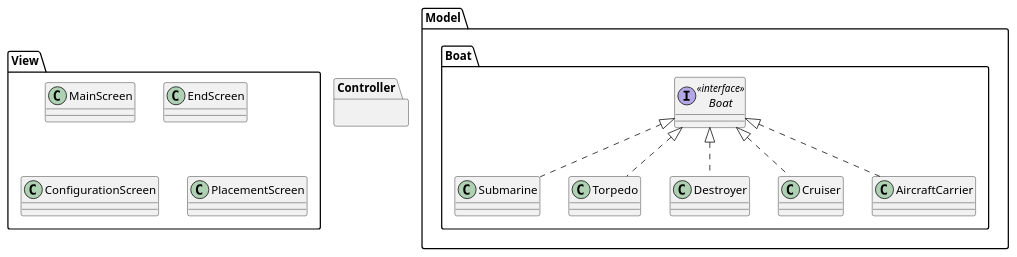
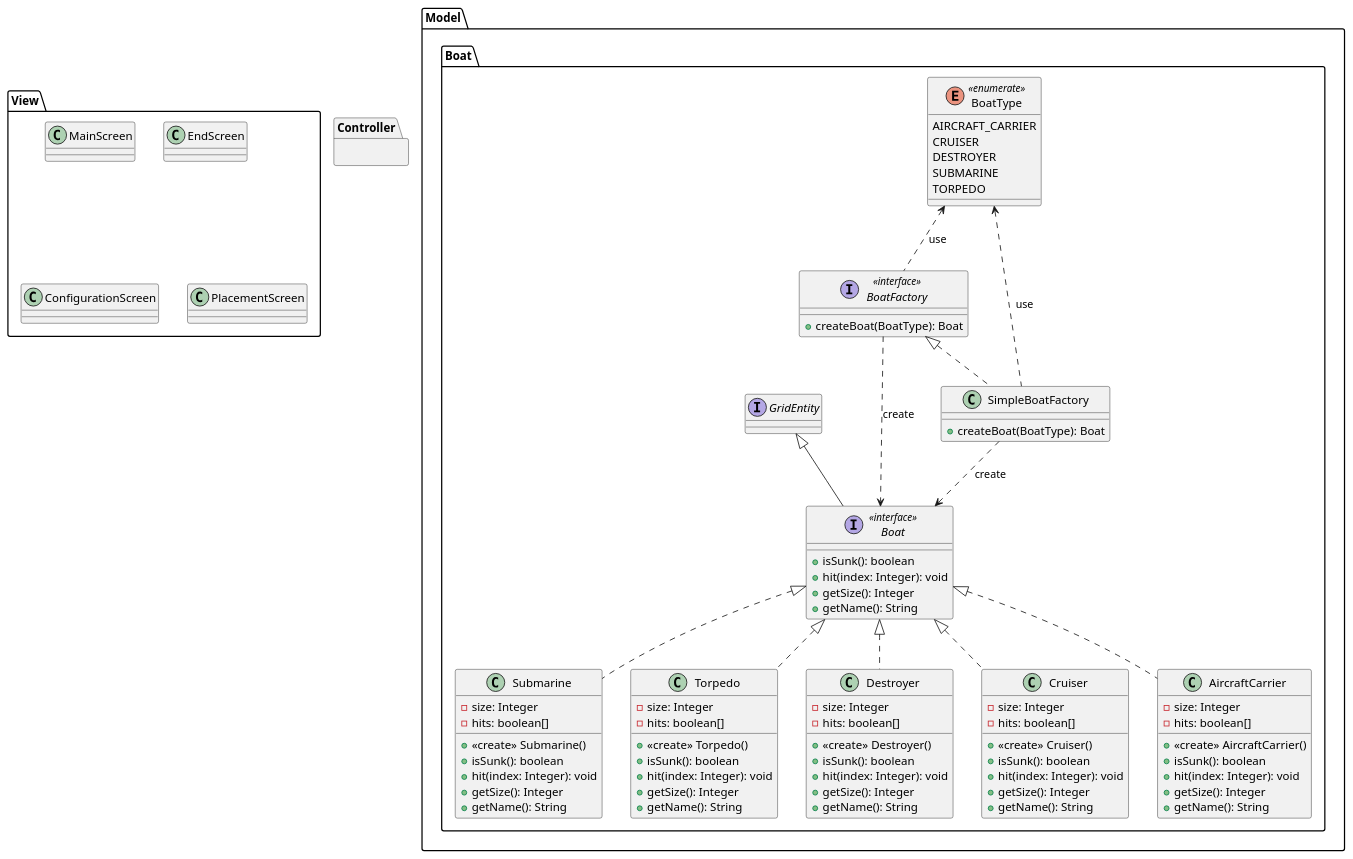
One commit to Cl1ient/Bataille-Navale changed the diagram in rendu1.puml. Above: the diagram before and after it, drawn with PlantUML.

Commit message:
Implements puml class/function in packages Boat

```diff
--- a/rendu1.puml
+++ b/rendu1.puml
@@ -1,40 +1,101 @@
 @startuml batailleNaval
 package Controller {
 
 }
 
 package Model {
     package Boat{
-        interface Boat <<interface>>{
 
+        enum BoatType <<enumerate>> {
+            AIRCRAFT_CARRIER
+            CRUISER
+            DESTROYER
+            SUBMARINE
+            TORPEDO
+        }
+        ' Interface design patern : Factory
+        interface BoatFactory <<interface>>{
+            + createBoat(BoatType): Boat
         }
 
+        class SimpleBoatFactory implements BoatFactory{
+            + createBoat(BoatType): Boat
+        }
+
+        interface Boat <<interface>> extends GridEntity {
+            + isSunk(): boolean
+            + hit(index: Integer): void
+            + getSize(): Integer
+            + getName(): String
+        }
         class Submarine implements Boat{
+            - size: Integer
+            - hits: boolean[]
 
+            + <<create>> Submarine()
+            + isSunk(): boolean
+            + hit(index: Integer): void
+            + getSize(): Integer
+            + getName(): String
         }
 
         class Torpedo implements Boat{
+            - size: Integer
+            - hits: boolean[]
 
+            + <<create>> Torpedo()
+            + isSunk(): boolean
+            + hit(index: Integer): void
+            + getSize(): Integer
+            + getName(): String
         }
 
         class Destroyer implements Boat{
+            - size: Integer
+            - hits: boolean[]
 
+            + <<create>> Destroyer()
+            + isSunk(): boolean
+            + hit(index: Integer): void
+            + getSize(): Integer
+            + getName(): String
         }
 
         class Cruiser implements Boat{
+            - size: Integer
+            - hits: boolean[]
 
+            + <<create>> Cruiser()
+            + isSunk(): boolean
+            + hit(index: Integer): void
+            + getSize(): Integer
+            + getName(): String
         }
 
         class AircraftCarrier implements Boat{
+            - size: Integer
+            - hits: boolean[]
 
+            + <<create>> AircraftCarrier()
+            + isSunk(): boolean
+            + hit(index: Integer): void
+            + getSize(): Integer
+            + getName(): String
         }
+
+        BoatFactory ..> Boat : create
+        SimpleBoatFactory ..> Boat : create
+
+        BoatFactory .up.> BoatType : use
+        SimpleBoatFactory .up.> BoatType : use
+
     }
 }
 
 package View {
     class MainScreen{}
     class EndScreen{}
     class ConfigurationScreen{}
     class PlacementScreen{}
 }
 @enduml
```
